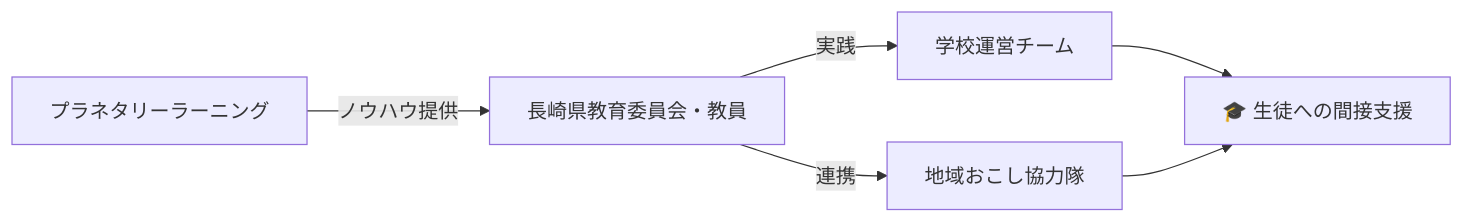
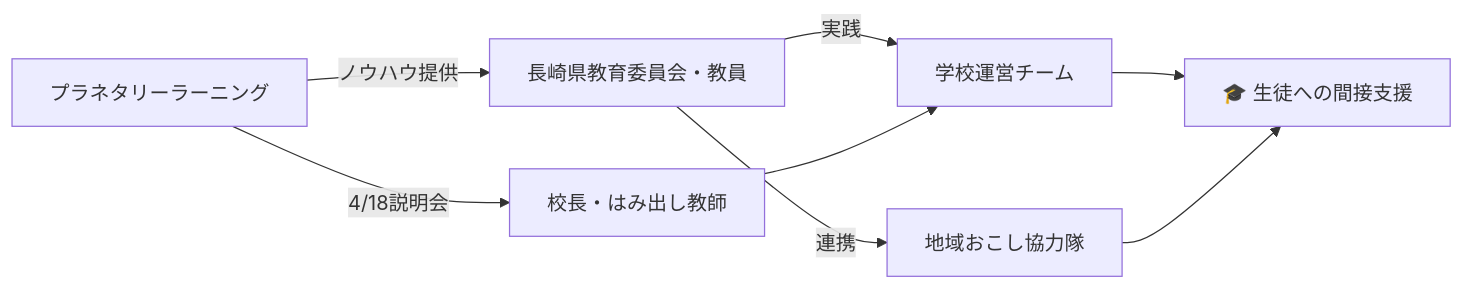
One commit to VOMOYA/planetary-learning-mtg-reports changed the fourth of 8 diagrams in プラネタリーラーニング_運営MTG_20260326.md. Above: the diagram before and after it, drawn with Mermaid. The commit also changed other lines of this file, not shown here.

````diff
--- a/プラネタリーラーニング_運営MTG_20260326.md
+++ b/プラネタリーラーニング_運営MTG_20260326.md
@@ -97,8 +151,10 @@
 ```mermaid
 flowchart LR
     A[プラネタリーラーニング] -->|ノウハウ提供| B[長崎県教育委員会・教員]
     B -->|実践| C[学校運営チーム]
     B -->|連携| D[地域おこし協力隊]
     C --> E[🎓 生徒への間接支援]
     D --> E
+    A -->|4/18説明会| F[校長・はみ出し教師]
+    F --> C
 ```
````
